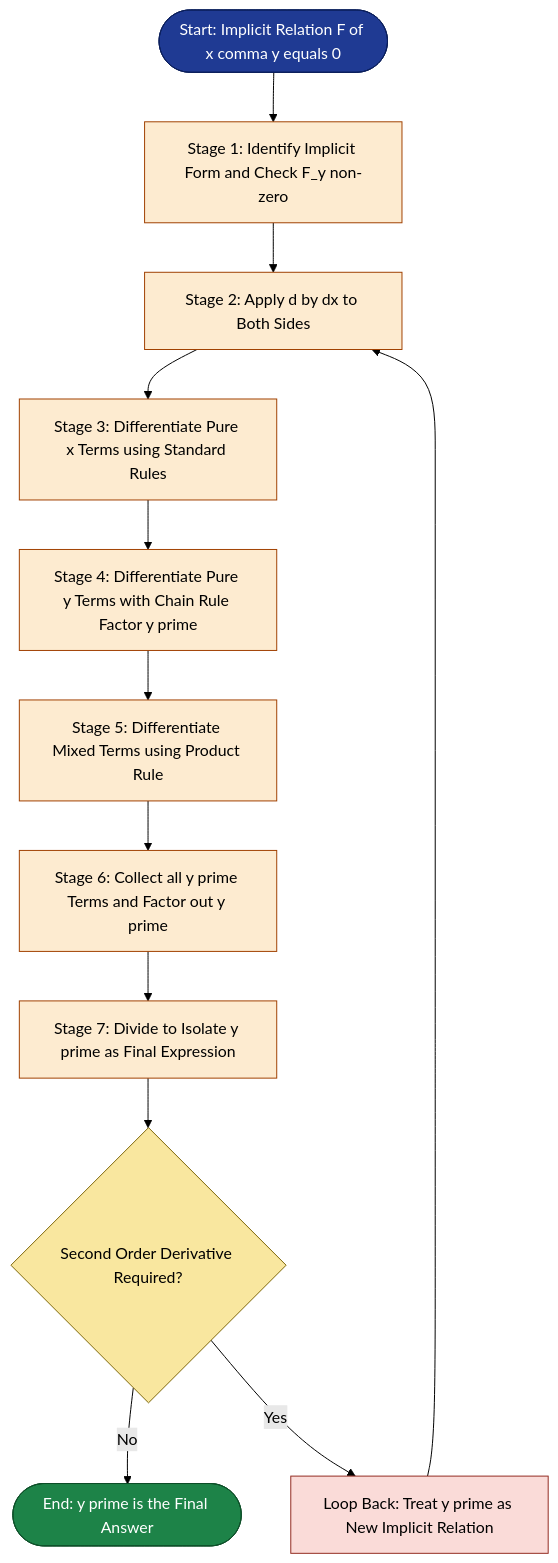
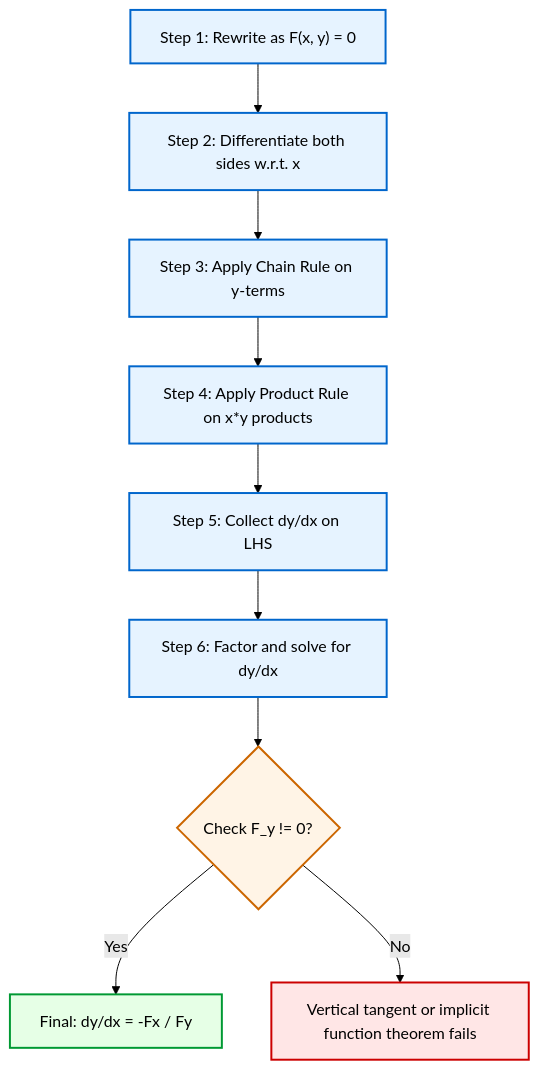
Before and after one commit to vishnuu-kr/ktunode: the first of 3 diagrams in public/notes/computer-science-and-engineering/semester-1/gamat101-mathematics-for-information-science-1/01-module-1-limits-of-function-values/implicit-differentiation/notes.md, drawn with Mermaid (forest theme). The commit also changed other lines of this file and 4829 other files, not shown here.

````diff
--- a/public/notes/computer-science-and-engineering/semester-1/gamat101-mathematics-for-information-science-1/01-module-1-limits-of-function-values/implicit-differentiation/notes.md
+++ b/public/notes/computer-science-and-engineering/semester-1/gamat101-mathematics-for-information-science-1/01-module-1-limits-of-function-values/implicit-differentiation/notes.md
@@ -404,26 +452,21 @@
 ```mermaid
 flowchart TD
-    startA([Start: Implicit Relation F of x comma y equals 0]) --> stage1A[Stage 1: Identify Implicit Form and Check F_y non-zero]
-    stage1A --> stage2A[Stage 2: Apply d by dx to Both Sides]
-    stage2A --> stage3A[Stage 3: Differentiate Pure x Terms using Standard Rules]
-    stage3A --> stage4A[Stage 4: Differentiate Pure y Terms with Chain Rule Factor y prime]
-    stage4A --> stage5A[Stage 5: Differentiate Mixed Terms using Product Rule]
-    stage5A --> stage6A[Stage 6: Collect all y prime Terms and Factor out y prime]
-    stage6A --> stage7A[Stage 7: Divide to Isolate y prime as Final Expression]
-    stage7A --> decisionA{Second Order Derivative Required?}
-    decisionA -- No --> endA([End: y prime is the Final Answer])
-    decisionA -- Yes --> loop1A[Loop Back: Treat y prime as New Implicit Relation]
-    loop1A --> stage2A
+    A["Step 1: Rewrite as F(x, y) = 0"] --> B["Step 2: Differentiate both sides w.r.t. x"]
+    B --> C["Step 3: Apply Chain Rule on y-terms"]
+    C --> D["Step 4: Apply Product Rule on x*y products"]
+    D --> E["Step 5: Collect dy/dx on LHS"]
+    E --> F["Step 6: Factor and solve for dy/dx"]
+    F --> G{"Check F_y != 0?"}
+    G -- Yes --> H["Final: dy/dx = -Fx / Fy"]
+    G -- No --> I["Vertical tangent or implicit function theorem fails"]
 
-    style startA fill:#1f3a93,stroke:#0b1f5c,color:#ffffff
-    style endA fill:#1d8348,stroke:#0e4f29,color:#ffffff
-    style stage1A fill:#fdebd0,stroke:#a04000
-    style stage2A fill:#fdebd0,stroke:#a04000
-    style stage3A fill:#fdebd0,stroke:#a04000
-    style stage4A fill:#fdebd0,stroke:#a04000
-    style stage5A fill:#fdebd0,stroke:#a04000
-    style stage6A fill:#fdebd0,stroke:#a04000
-    style stage7A fill:#fdebd0,stroke:#a04000
-    style decisionA fill:#f9e79f,stroke:#7d6608
-    style loop1A fill:#fadbd8,stroke:#922b21
+    classDef stepBox fill:#e6f3ff,stroke:#0066cc,stroke-width:2px,color:#000000
+    classDef decisionBox fill:#fff4e6,stroke:#cc6600,stroke-width:2px,color:#000000
+    classDef outputBox fill:#e6ffe6,stroke:#009933,stroke-width:2px,color:#000000
+    classDef errorBox fill:#ffe6e6,stroke:#cc0000,stroke-width:2px,color:#000000
+
+    class A,B,C,D,E,F stepBox
+    class G decisionBox
+    class H outputBox
+    class I errorBox
 ```
````
